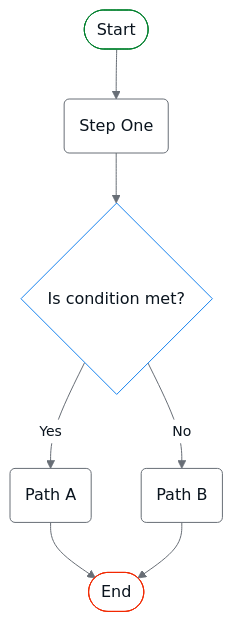
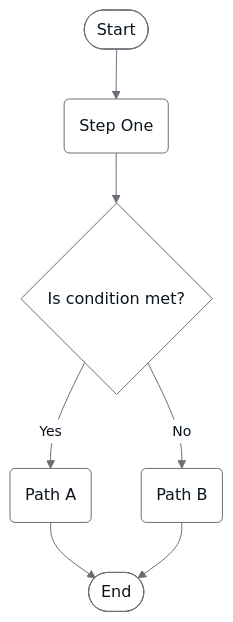
The first of 5 diagrams in .claude/skills/suggest-visuals/brand-guidelines.md (OutSystems/docs-howtos), drawn with Mermaid before and after one commit. The commit also changed other lines of this file and 8 other files, not shown here.

````diff
--- a/.claude/skills/suggest-visuals/brand-guidelines.md
+++ b/.claude/skills/suggest-visuals/brand-guidelines.md
@@ -151,15 +146,15 @@
 ```mermaid
 %%{init: {"theme": "base", "themeVariables": {"primaryColor": "#FFFFFF","primaryTextColor": "#0A141E","primaryBorderColor": "#686E76","lineColor": "#686E76","secondaryColor": "#FFFFFF","clusterBkg": "#F5F6FA","clusterBorder": "#686E76"}, "flowchart": {"subGraphTitleMargin": {"top": 16, "bottom": 16}}}}%%
 flowchart TD
-    classDef start    fill:#FFFFFF,stroke:#00802D,color:#0A141E
-    classDef stop     fill:#FFFFFF,stroke:#F22800,color:#0A141E
+    classDef start    fill:#FFFFFF,stroke:#686E76,color:#0A141E
+    classDef stop     fill:#FFFFFF,stroke:#686E76,color:#0A141E
     classDef process  fill:#FFFFFF,stroke:#686E76,color:#0A141E
-    classDef decision fill:#FFFFFF,stroke:#1783EF,color:#0A141E
+    classDef decision fill:#FFFFFF,stroke:#686E76,color:#0A141E
 
     S([Start]):::start --> A(Step One):::process
     A --> B{Is condition met?}:::decision
     B -->|"<span style='font-size:14px'>Yes</span>"| C(Path A):::process
     B -->|"<span style='font-size:14px'>No</span>"| D(Path B):::process
     C --> E([End]):::stop
     D --> E
 ```
````
